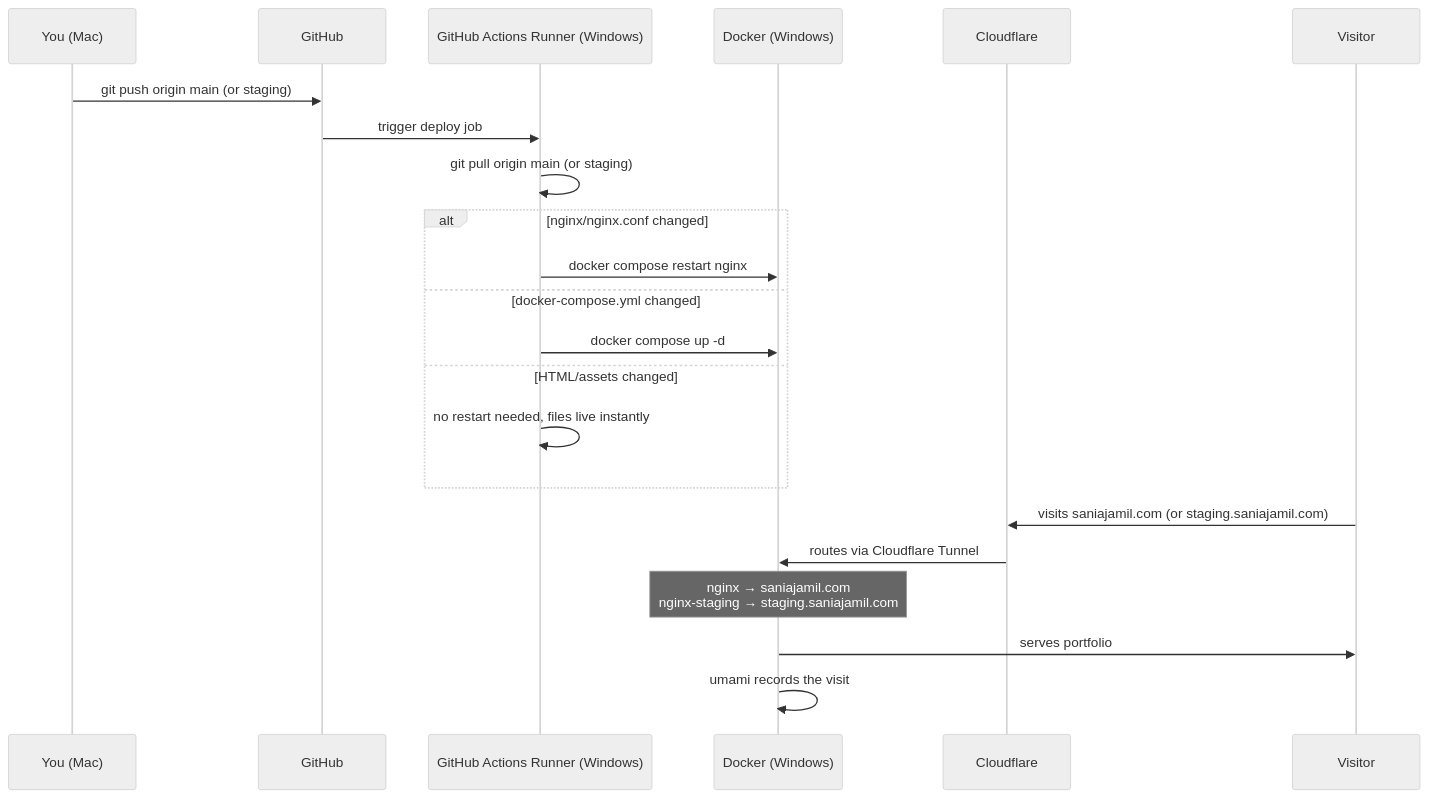
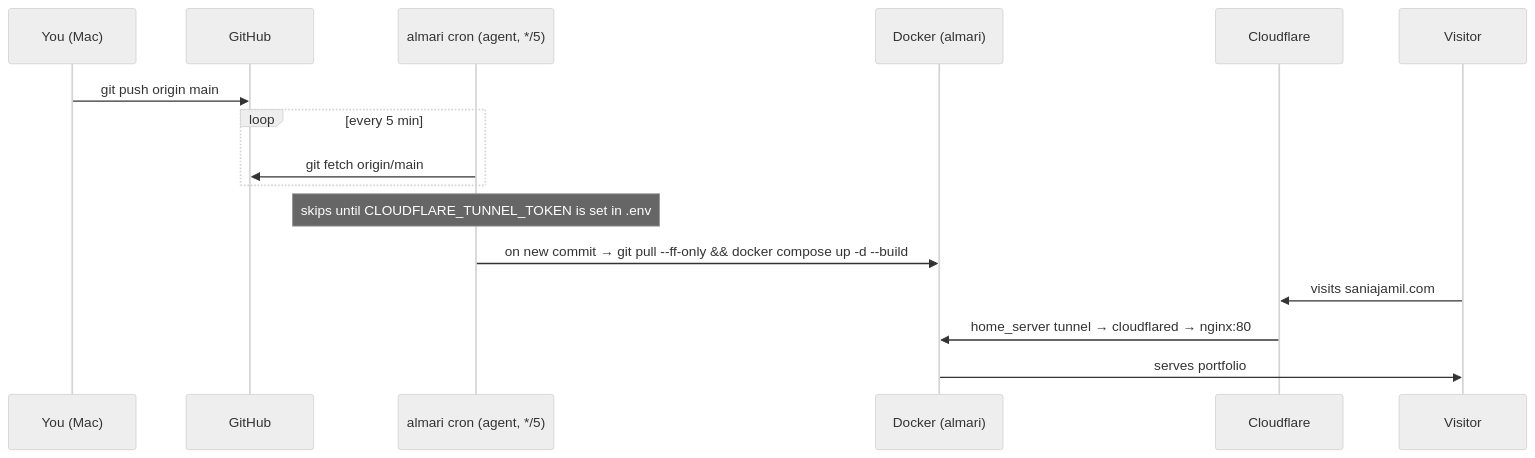
Before and after one commit to saniakhushbakhtjamil/playground: the diagram in README.md, drawn with Mermaid (neutral theme). The commit also changed other lines of this file, not shown here.

First line of the commit message:
Rewrite README for almari cron deploy + current site structure

````diff
--- a/README.md
+++ b/README.md
@@ -33,28 +31,20 @@
 ```mermaid
 sequenceDiagram
     participant You as You (Mac)
     participant GitHub
-    participant Runner as GitHub Actions Runner (Windows)
-    participant Docker as Docker (Windows)
+    participant Cron as almari cron (agent, */5)
+    participant Docker as Docker (almari)
     participant CF as Cloudflare
     participant Visitor
 
-    You->>GitHub: git push origin main (or staging)
-    GitHub->>Runner: trigger deploy job
+    You->>GitHub: git push origin main
+    loop every 5 min
+        Cron->>GitHub: git fetch origin/main
+    end
+    Note over Cron: skips until CLOUDFLARE_TUNNEL_TOKEN is set in .env
+    Cron->>Docker: on new commit → git pull --ff-only && docker compose up -d --build
 
-    Runner->>Runner: git pull origin main (or staging)
-
-    alt nginx/nginx.conf changed
-        Runner->>Docker: docker compose restart nginx
-    else docker-compose.yml changed
-        Runner->>Docker: docker compose up -d
-    else HTML/assets changed
-        Runner->>Runner: no restart needed, files live instantly
-    end
-
-    Visitor->>CF: visits saniajamil.com (or staging.saniajamil.com)
-    CF->>Docker: routes via Cloudflare Tunnel
-    Note over Docker: nginx → saniajamil.com<br/>nginx-staging → staging.saniajamil.com
+    Visitor->>CF: visits saniajamil.com
+    CF->>Docker: home_server tunnel → cloudflared → nginx:80
     Docker->>Visitor: serves portfolio
-    Docker->>Docker: umami records the visit
 ```
````
